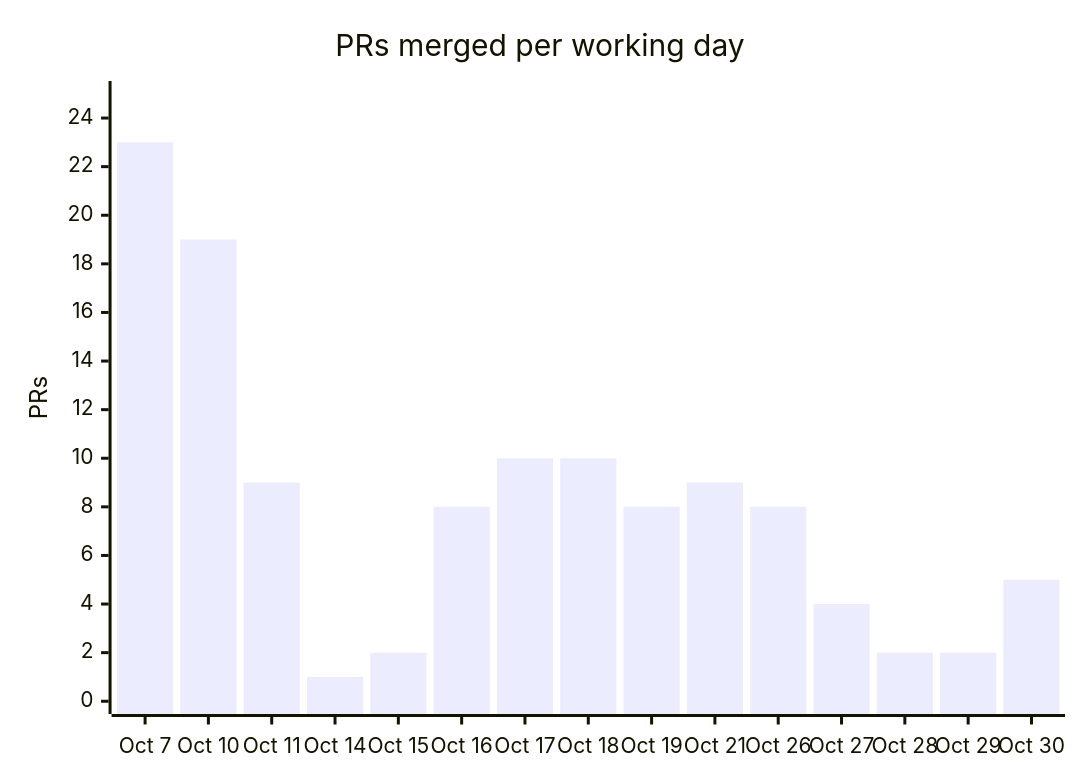
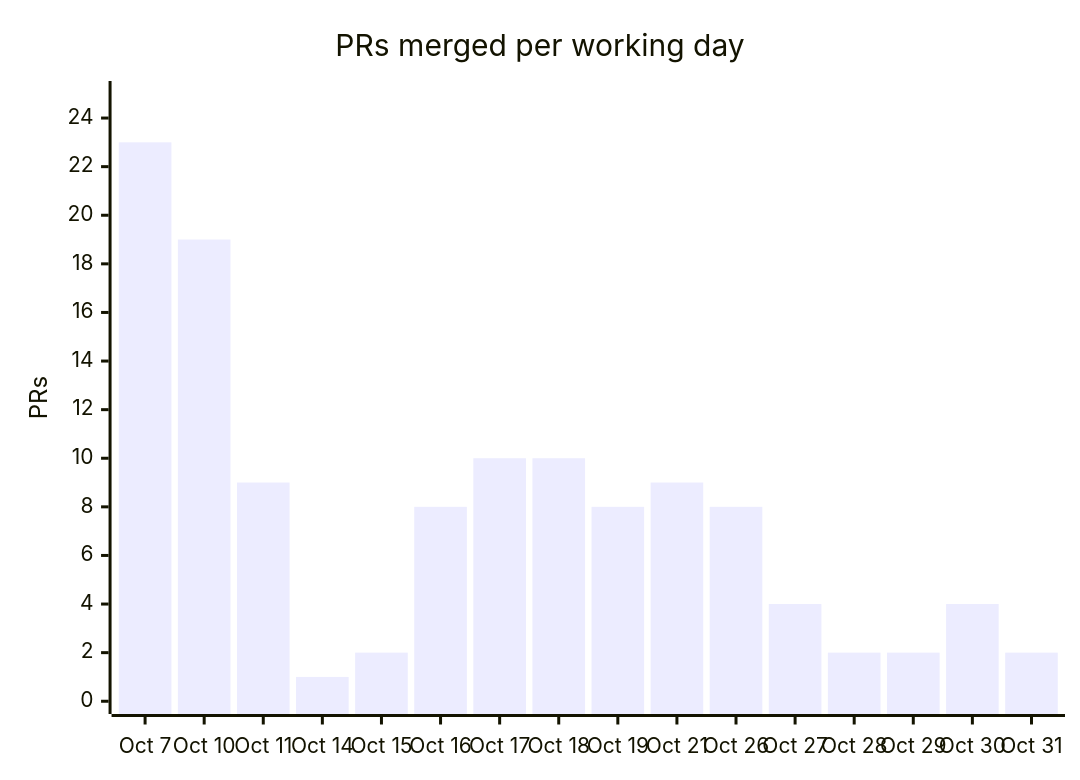
Before and after one commit to cmprssd/swjkja: the fourth of 7 diagrams in docs/OVERVIEW.md, drawn with Mermaid. The commit also changed other lines of this file and 9 other files, not shown here.

````diff
--- a/docs/OVERVIEW.md
+++ b/docs/OVERVIEW.md
@@ -166,7 +166,7 @@
 ```mermaid
 xychart-beta
     title "PRs merged per working day"
-    x-axis ["Oct 7", "Oct 10", "Oct 11", "Oct 14", "Oct 15", "Oct 16", "Oct 17", "Oct 18", "Oct 19", "Oct 21", "Oct 26", "Oct 27", "Oct 28", "Oct 29", "Oct 30"]
+    x-axis ["Oct 7", "Oct 10", "Oct 11", "Oct 14", "Oct 15", "Oct 16", "Oct 17", "Oct 18", "Oct 19", "Oct 21", "Oct 26", "Oct 27", "Oct 28", "Oct 29", "Oct 30", "Oct 31"]
     y-axis "PRs" 0 --> 25
-    bar [23, 19, 9, 1, 2, 8, 10, 10, 8, 9, 8, 4, 2, 2, 5]
+    bar [23, 19, 9, 1, 2, 8, 10, 10, 8, 9, 8, 4, 2, 2, 4, 2]
 ```
````
